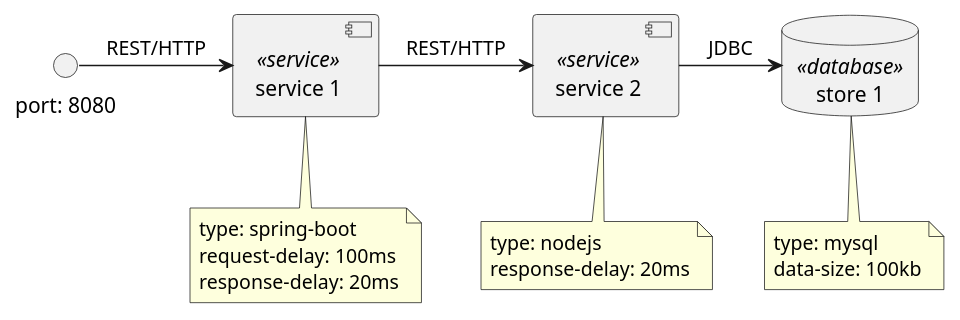
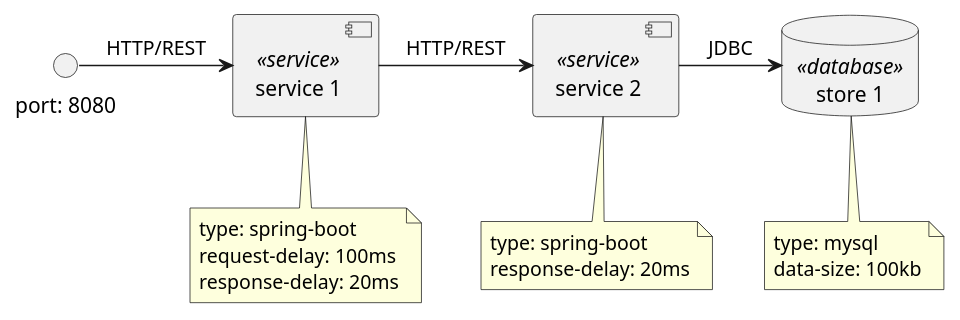
Before and after one commit to iteratec/microzoo: the diagram in scenarios/basic.puml, drawn with PlantUML. The commit also changed 5 other files, not shown here.

```diff
--- a/scenarios/basic.puml
+++ b/scenarios/basic.puml
@@ -1,30 +1,30 @@
 @startuml
 
 database "store 1" <<database>>
 note bottom of "store 1" {
     type: mysql
     data-size: 100kb
 }
 
 component "service 1" <<service>>
 note bottom of "service 1" {
     type: spring-boot
     request-delay: 100ms
     response-delay: 20ms
 }
 
 component "service 2" <<service>>
 note bottom of "service 2" {
-    type: nodejs
+    type: spring-boot
     response-delay: 20ms
 }
 
 interface "port: 8080"
 
-[service 1] -> [service 2]: REST/HTTP
+[service 1] -> [service 2]: HTTP/REST
 
 [service 2] -> [store 1]: JDBC
 
-[port: 8080] -> [service 1]: REST/HTTP
+[port: 8080] -> [service 1]: HTTP/REST
 
 @enduml
```
